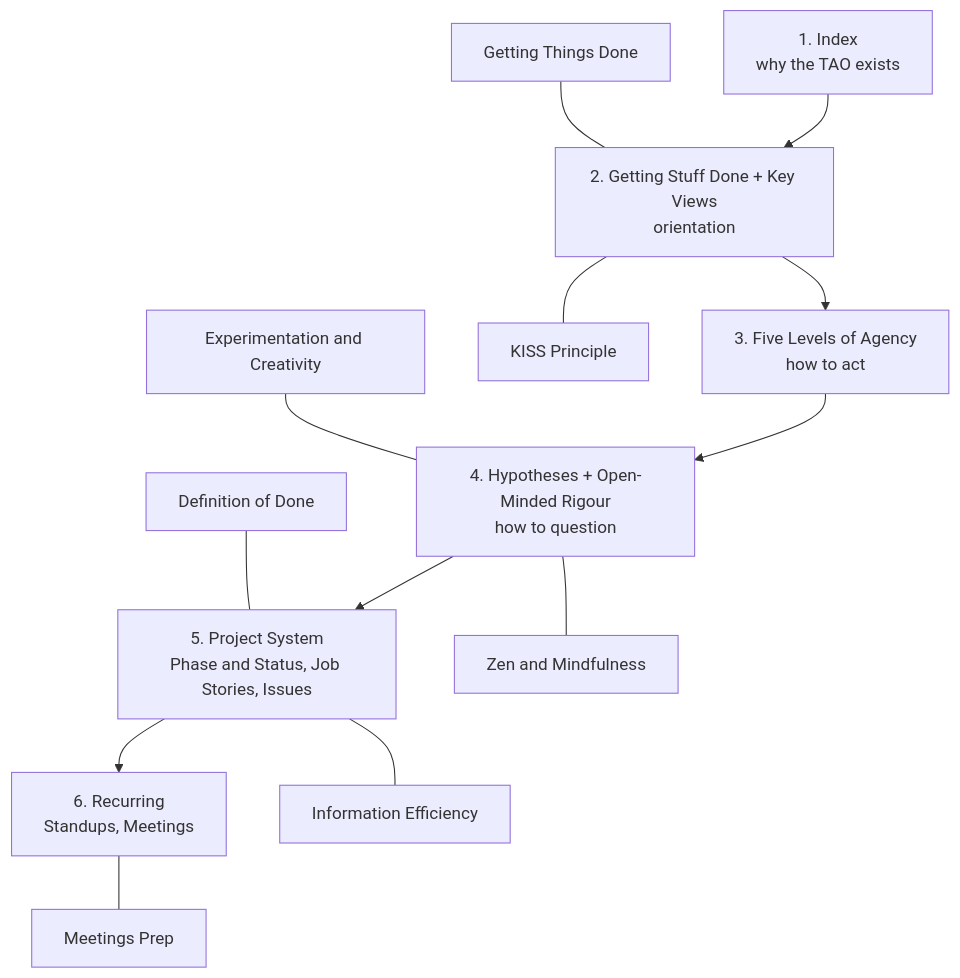
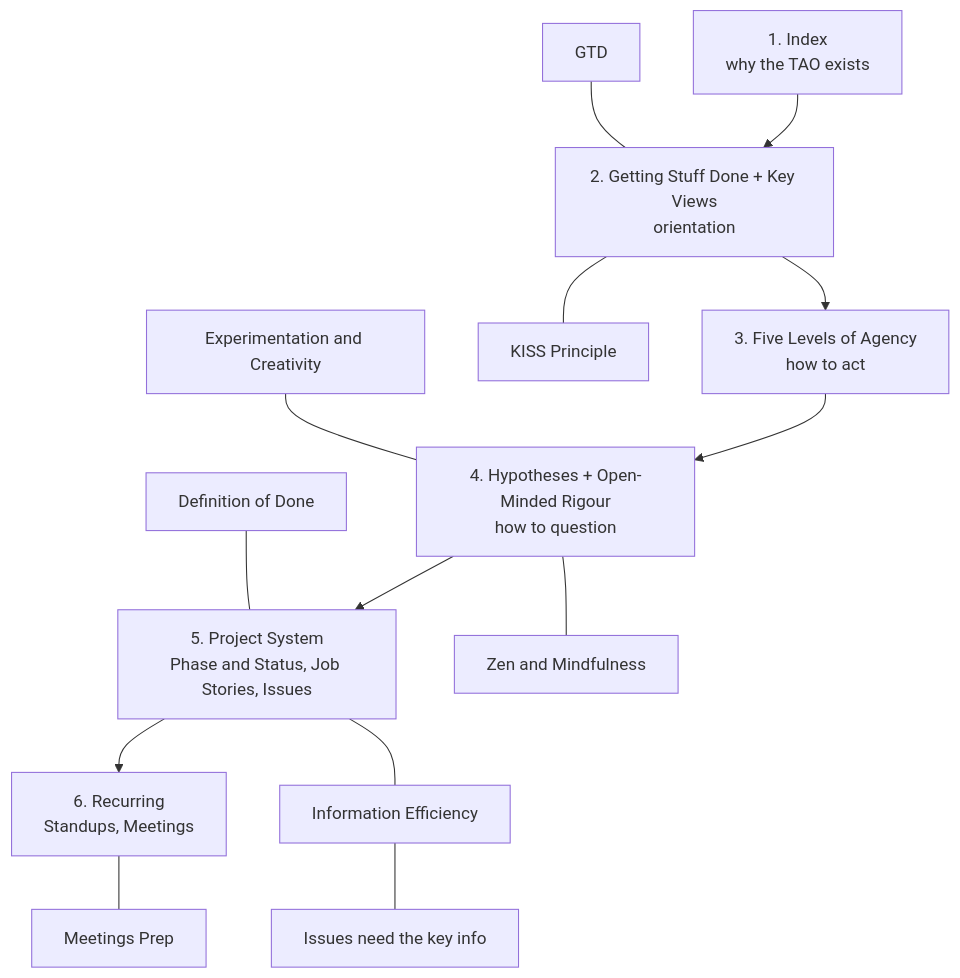
One commit to rufuspollock/tao changed the diagram in Roadmap.md. Above: the diagram before and after it, drawn with Mermaid. The commit also changed other lines of this file and 5 other files, not shown here.

First line of the commit message:
Rework roadmap: drop redirect-only stubs, restore original doc as base

````diff
--- a/Roadmap.md
+++ b/Roadmap.md
@@ -7,22 +5,23 @@
 ```mermaid
 graph TD
     s1["1. Index<br/>why the TAO exists"]
     s2["2. Getting Stuff Done + Key Views<br/>orientation"]
     s3["3. Five Levels of Agency<br/>how to act"]
     s4["4. Hypotheses + Open-Minded Rigour<br/>how to question"]
     s5["5. Project System<br/>Phase and Status, Job Stories, Issues"]
     s6["6. Recurring<br/>Standups, Meetings"]
 
     s1 --> s2 --> s3 --> s4 --> s5 --> s6
 
-    gtd["Getting Things Done"] --- s2
-    s2 --- kiss["KISS Principle"]
+    gtd[GTD] --- s2
+    s2 --- kiss[KISS Principle]
 
-    exp["Experimentation and Creativity"] --- s4
-    s4 --- zen["Zen and Mindfulness"]
+    exp[Experimentation and Creativity] --- s4
+    s4 --- zen[Zen and Mindfulness]
 
-    dod["Definition of Done"] --- s5
-    s5 --- infoeff["Information Efficiency"]
+    dod[Definition of Done] --- s5
+    s5 --- infoeff[Information Efficiency]
+    infoeff --- keyinfo[Issues need the key info]
 
-    s6 --- prep["Meetings Prep"]
+    s6 --- prep[Meetings Prep]
 ```
````
